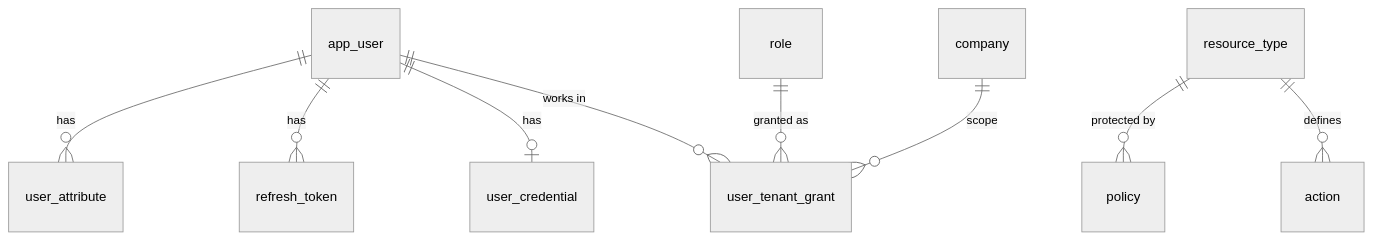
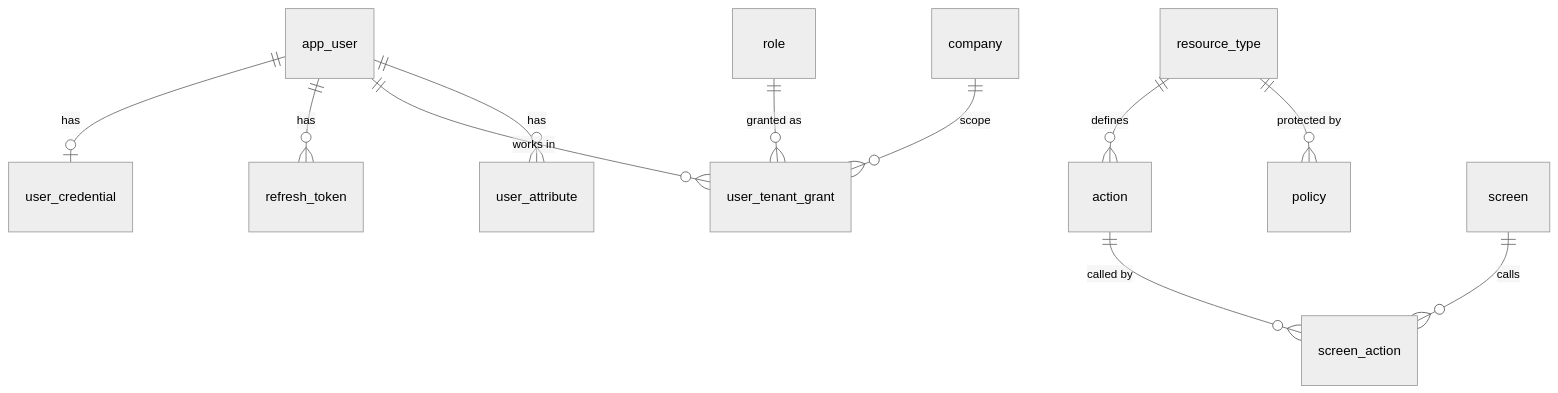
The second of 3 diagrams in database/README.md (bac-ta/microservice-architecture), drawn with Mermaid (neutral theme) before and after one commit. The commit also changed other lines of this file and 72 other files, not shown here.

````diff
--- a/database/README.md
+++ b/database/README.md
@@ -226,11 +206,13 @@
 ```mermaid
 erDiagram
     app_user ||--o| user_credential : has
     app_user ||--o{ refresh_token : has
     app_user ||--o{ user_tenant_grant : "works in"
     app_user ||--o{ user_attribute : has
     role ||--o{ user_tenant_grant : "granted as"
     company ||--o{ user_tenant_grant : scope
     resource_type ||--o{ action : defines
     resource_type ||--o{ policy : "protected by"
+    screen ||--o{ screen_action : calls
+    action ||--o{ screen_action : "called by"
 ```
````
